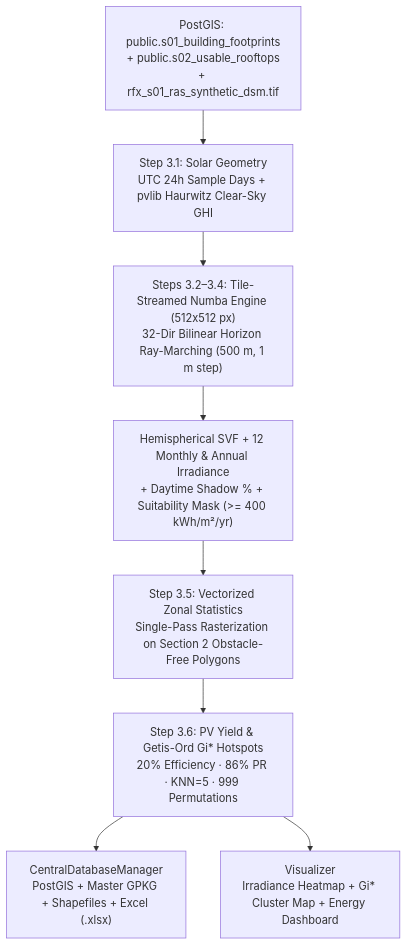
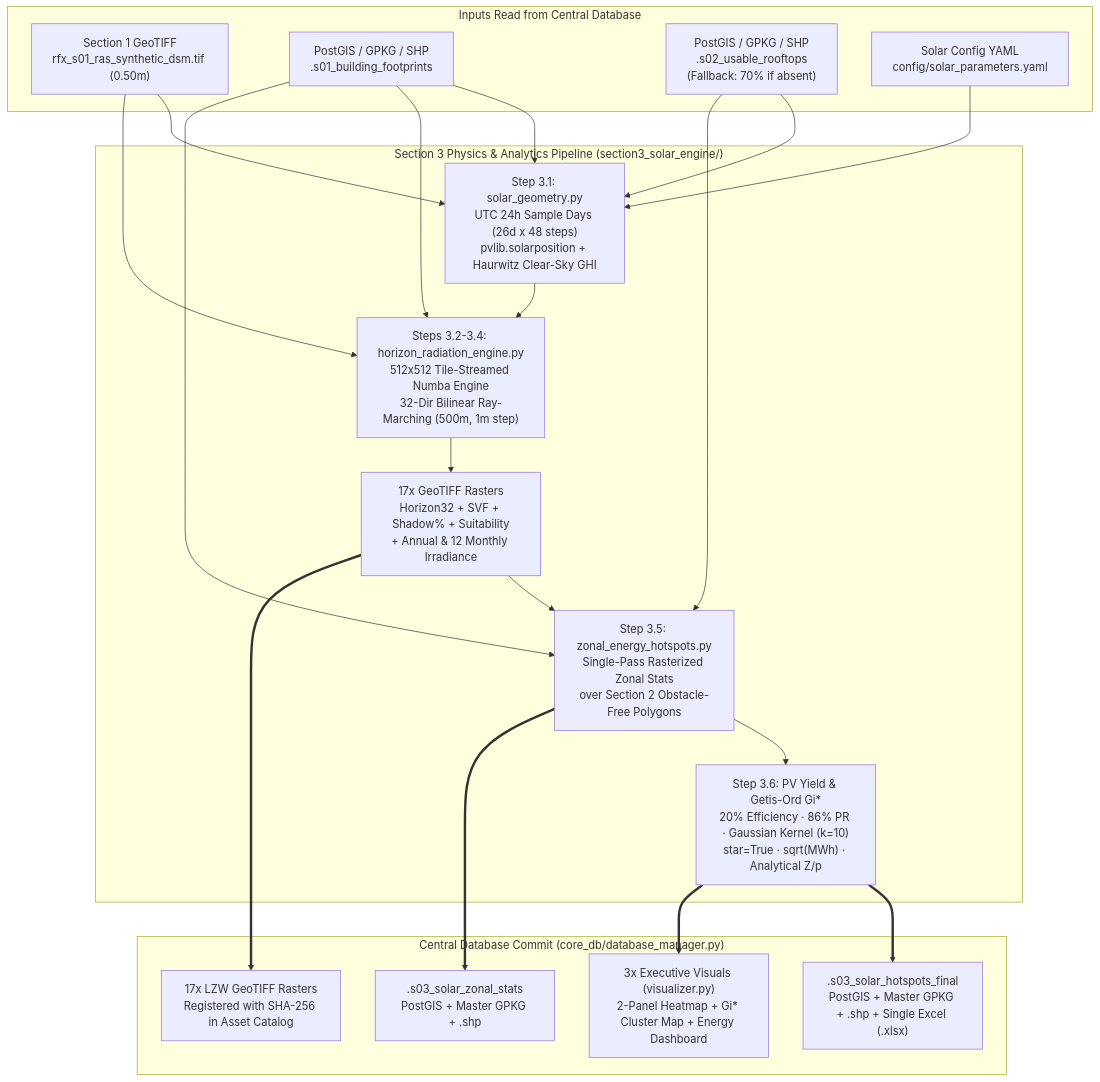
Before and after one commit to alisa6088/RayFlux-EcoSystem: the diagram in section3_solar_engine/README.md, drawn with Mermaid. The commit also changed other lines of this file and 3 other files, not shown here.

Commit message:
docs: comprehensive update of root and Section 1-3 READMEs with full DB I/O, schemas, and Studio docs

````diff
--- a/section3_solar_engine/README.md
+++ b/section3_solar_engine/README.md
@@ -22,10 +37,34 @@
 ```mermaid
 flowchart TD
-    A["PostGIS: public.s01_building_footprints<br/>+ public.s02_usable_rooftops<br/>+ rfx_s01_ras_synthetic_dsm.tif"] --> B["Step 3.1: Solar Geometry<br/>UTC 24h Sample Days + pvlib Haurwitz Clear-Sky GHI"]
-    B --> C["Steps 3.2–3.4: Tile-Streamed Numba Engine (512x512 px)<br/>32-Dir Bilinear Horizon Ray-Marching (500 m, 1 m step)"]
-    C --> D["Hemispherical SVF + 12 Monthly & Annual Irradiance<br/>+ Daytime Shadow % + Suitability Mask (>= 400 kWh/m²/yr)"]
-    D --> E["Step 3.5: Vectorized Zonal Statistics<br/>Single-Pass Rasterization on Section 2 Obstacle-Free Polygons"]
-    E --> F["Step 3.6: PV Yield & Getis-Ord Gi* Hotspots<br/>20% Efficiency · 86% PR · KNN=5 · 999 Permutations"]
-    F --> G["CentralDatabaseManager<br/>PostGIS + Master GPKG + Shapefiles + Excel (.xlsx)"]
-    F --> H["Visualizer<br/>Irradiance Heatmap + Gi* Cluster Map + Energy Dashboard"]
+    subgraph DB_IN ["Inputs Read from Central Database"]
+        IN_DSM["Section 1 GeoTIFF<br/>rfx_s01_ras_synthetic_dsm.tif (0.50m)"]
+        IN_S1["PostGIS / GPKG / SHP<br/><schema>.s01_building_footprints"]
+        IN_S2["PostGIS / GPKG / SHP<br/><schema>.s02_usable_rooftops<br/>(Fallback: 70% if absent)"]
+        IN_YML["Solar Config YAML<br/>config/solar_parameters.yaml"]
+    end
+
+    subgraph S3_CORE ["Section 3 Physics & Analytics Pipeline (section3_solar_engine/)"]
+        ST1["Step 3.1: solar_geometry.py<br/>UTC 24h Sample Days (26d x 48 steps)<br/>pvlib.solarposition + Haurwitz Clear-Sky GHI"]
+        ST2["Steps 3.2-3.4: horizon_radiation_engine.py<br/>512x512 Tile-Streamed Numba Engine<br/>32-Dir Bilinear Ray-Marching (500m, 1m step)"]
+        ST3["17x GeoTIFF Rasters<br/>Horizon32 + SVF + Shadow% + Suitability<br/>+ Annual & 12 Monthly Irradiance"]
+        ST4["Step 3.5: zonal_energy_hotspots.py<br/>Single-Pass Rasterized Zonal Stats<br/>over Section 2 Obstacle-Free Polygons"]
+        ST5["Step 3.6: PV Yield & Getis-Ord Gi*<br/>20% Efficiency · 86% PR · Gaussian Kernel (k=10)<br/>star=True · sqrt(MWh) · Analytical Z/p"]
+
+        ST1 --> ST2 --> ST3 --> ST4 --> ST5
+    end
+
+    subgraph DB_OUT ["Central Database Commit (core_db/database_manager.py)"]
+        OUT_R["17x LZW GeoTIFF Rasters<br/>Registered with SHA-256 in Asset Catalog"]
+        OUT_Z["<schema>.s03_solar_zonal_stats<br/>PostGIS + Master GPKG + .shp"]
+        OUT_H["<schema>.s03_solar_hotspots_final<br/>PostGIS + Master GPKG + .shp + Single Excel (.xlsx)"]
+        OUT_V["3x Executive Visuals (visualizer.py)<br/>2-Panel Heatmap + Gi* Cluster Map + Energy Dashboard"]
+    end
+
+    IN_DSM & IN_S1 & IN_S2 & IN_YML --> ST1
+    IN_DSM & IN_S1 --> ST2
+    IN_S1 & IN_S2 --> ST4
+
+    ST3 ==> OUT_R
+    ST4 ==> OUT_Z
+    ST5 ==> OUT_H & OUT_V
 ```
````
